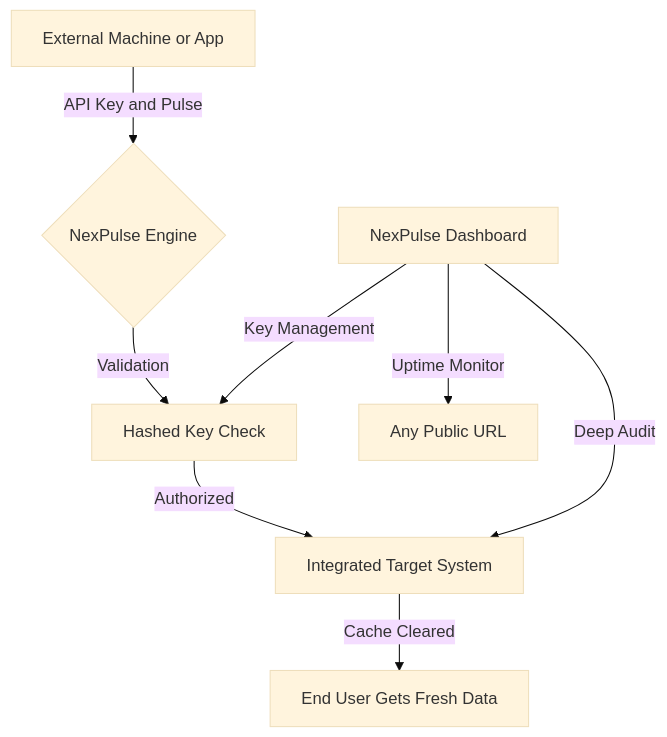
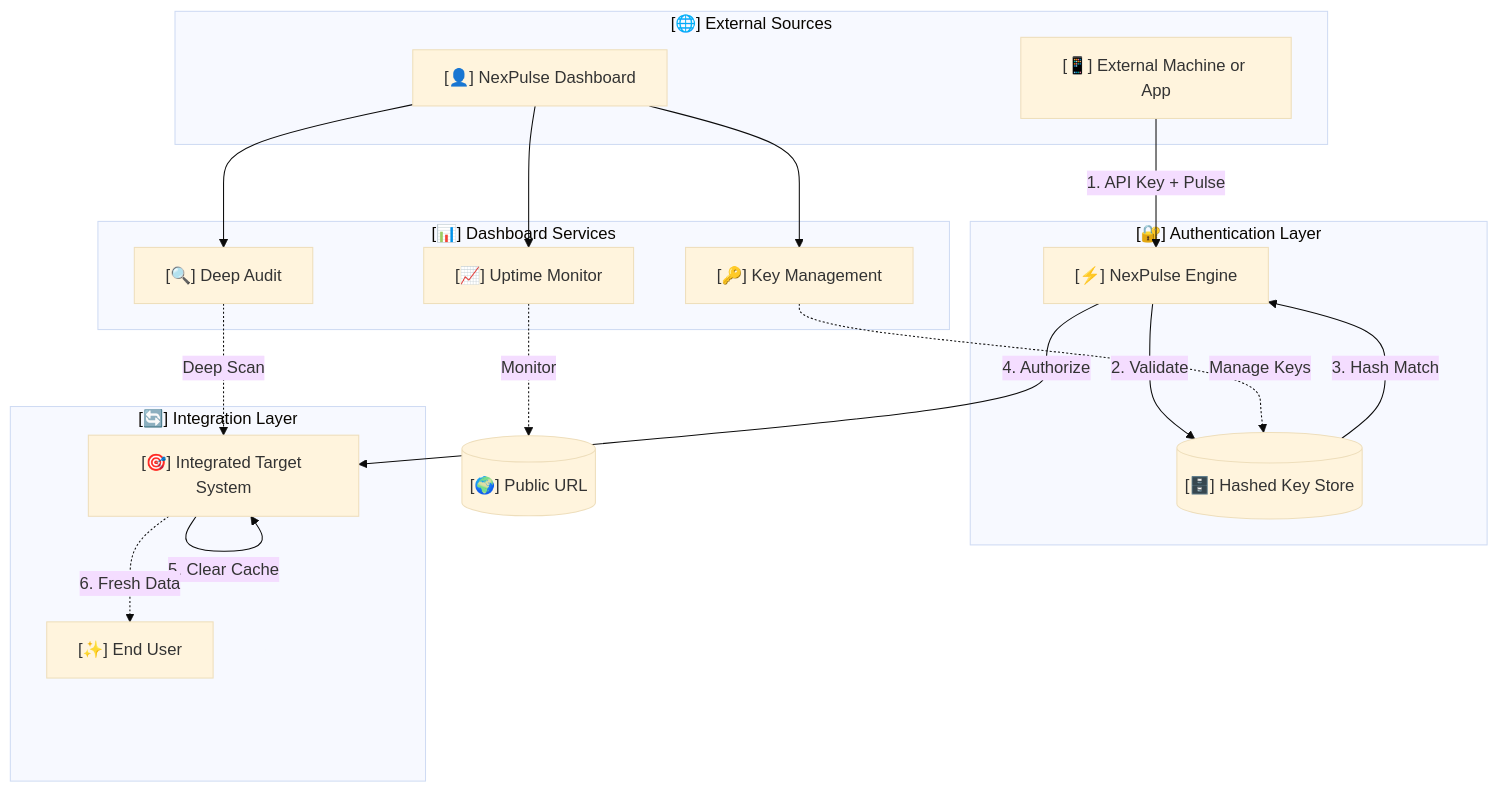
One commit to inkand-paper/Optimizer changed the diagram in MASTER_GUIDE.md. Above: the diagram before and after it, drawn with Mermaid (base theme). The commit also changed other lines of this file and 1 other file, not shown here.

Commit message:
docs: apply complete mermaid fix with brackets, styling config, and mermaid v10

````diff
--- a/MASTER_GUIDE.md
+++ b/MASTER_GUIDE.md
@@ -16,10 +17,38 @@
 ```mermaid
-graph TD
-    A[External Machine or App] -->|API Key and Pulse| B{NexPulse Engine}
-    B -->|Validation| C[Hashed Key Check]
-    C -->|Authorized| D[Integrated Target System]
-    D -->|Cache Cleared| E[End User Gets Fresh Data]
-    F[NexPulse Dashboard] -->|Key Management| C
-    F -->|Uptime Monitor| G[Any Public URL]
-    F -->|Deep Audit| D
+flowchart TD
+    subgraph EXTERNAL["[🌐] External Sources"]
+        A1["[📱] External Machine or App"]
+        A2["[👤] NexPulse Dashboard"]
+    end
+
+    subgraph AUTH["[🔐] Authentication Layer"]
+        B["[⚡] NexPulse Engine"]
+        C[("[🗄️] Hashed Key Store")]
+    end
+
+    subgraph INTEGRATION["[🔄] Integration Layer"]
+        D["[🎯] Integrated Target System"]
+        E["[✨] End User"]
+    end
+
+    subgraph DASH["[📊] Dashboard Services"]
+        F1["[🔑] Key Management"]
+        F2["[📈] Uptime Monitor"]
+        F3["[🔍] Deep Audit"]
+    end
+
+    A1 -->|1. API Key + Pulse| B
+    B -->|2. Validate| C
+    C -->|3. Hash Match| B
+    B -->|4. Authorize| D
+    D -->|5. Clear Cache| D
+    D -.->|6. Fresh Data| E
+    
+    A2 --> F1
+    A2 --> F2
+    A2 --> F3
+    
+    F1 -.->|Manage Keys| C
+    F2 -.->|Monitor| G[("[🌍] Public URL")]
+    F3 -.->|Deep Scan| D
 ```
````
